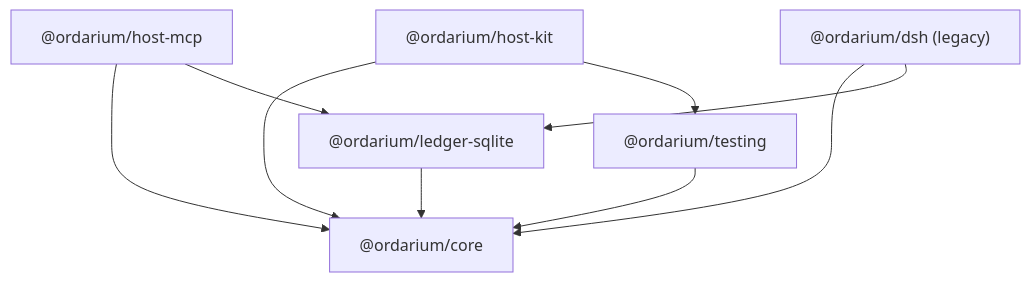
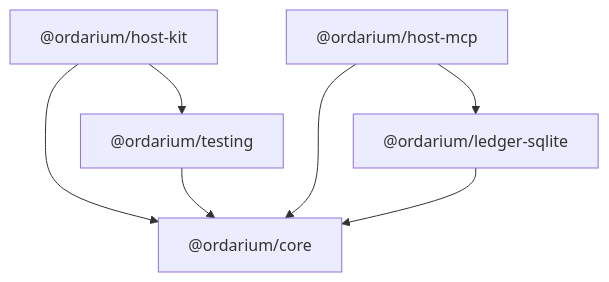
One commit to orangeofcarl0-sys/ordarium changed the second of 9 diagrams in docs/16-ordarium-mermaid-architecture-atlas.md. Above: the diagram before and after it, drawn with Mermaid. The commit also changed 10 other files, not shown here.

````diff
--- a/docs/16-ordarium-mermaid-architecture-atlas.md
+++ b/docs/16-ordarium-mermaid-architecture-atlas.md
@@ -22,18 +22,15 @@
 ```mermaid
 flowchart TD
   CORE["@ordarium/core"]
   SQL["@ordarium/ledger-sqlite"]
   TEST["@ordarium/testing"]
   KIT["@ordarium/host-kit"]
   MCP["@ordarium/host-mcp"]
-  DSH["@ordarium/dsh (legacy)"]
 
   SQL --> CORE
   TEST --> CORE
   KIT --> CORE
   KIT --> TEST
   MCP --> CORE
   MCP --> SQL
-  DSH --> CORE
-  DSH --> SQL
 ```
````
